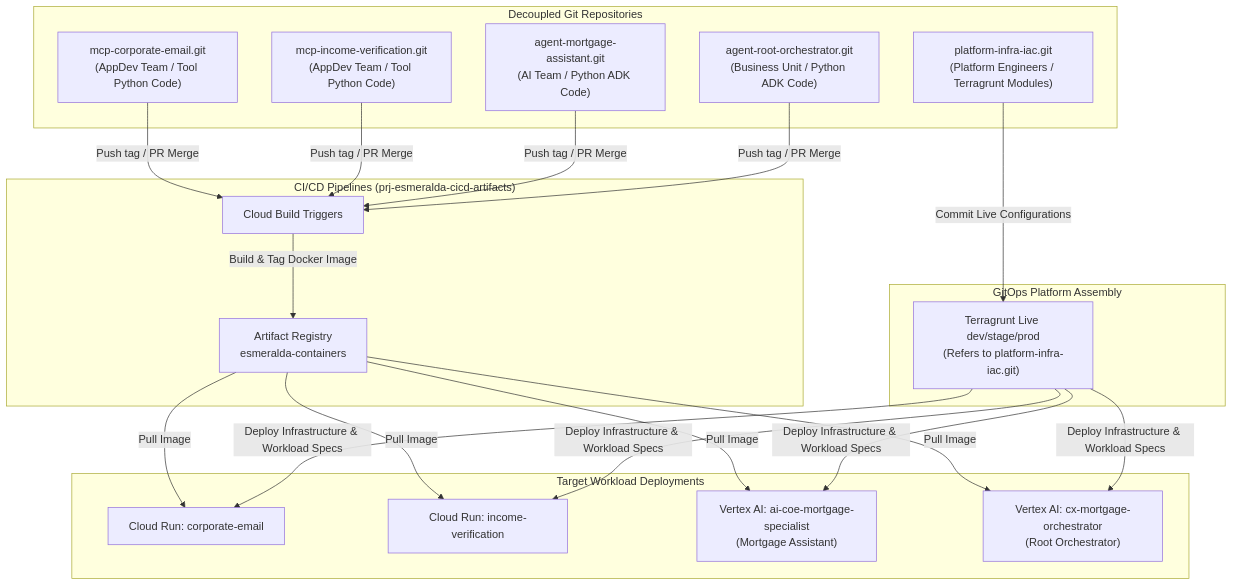
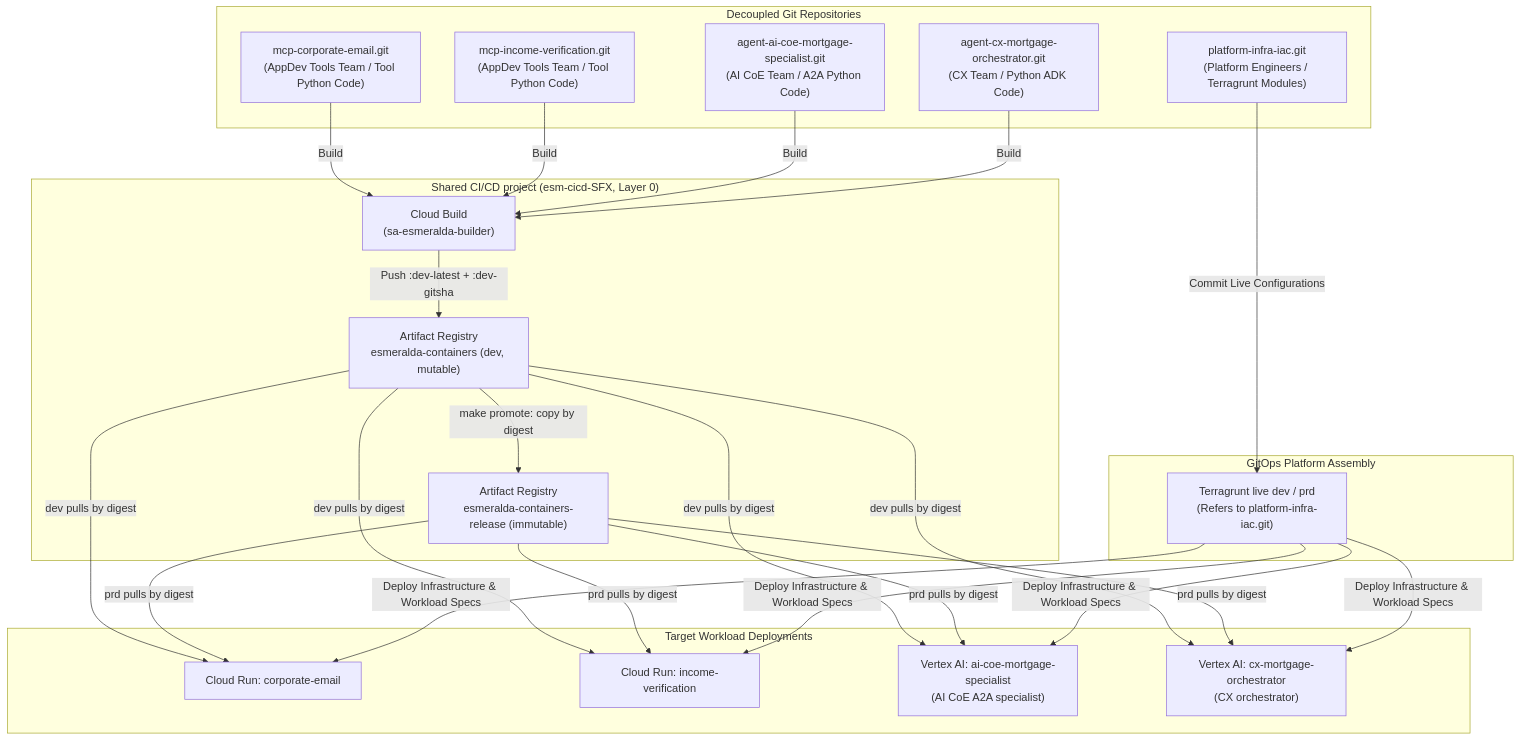
Before and after one commit to google/esmeralda: the first of 2 diagrams in docs/3-agentops-and-lifecycle/README.md, drawn with Mermaid. The commit also changed other lines of this file and 15 other files, not shown here.

First line of the commit message:
docs: revise all docs for team-based names and current architecture

````diff
--- a/docs/3-agentops-and-lifecycle/README.md
+++ b/docs/3-agentops-and-lifecycle/README.md
@@ -36,32 +54,35 @@
 ```mermaid
 flowchart TD
     subgraph Repos["Decoupled Git Repositories"]
         R_Platform["platform-infra-iac.git<br/>(Platform Engineers / Terragrunt Modules)"]
-        R_Email["mcp-corporate-email.git<br/>(AppDev Team / Tool Python Code)"]
-        R_Income["mcp-income-verification.git<br/>(AppDev Team / Tool Python Code)"]
-        R_A2A["agent-mortgage-assistant.git<br/>(AI Team / Python ADK Code)"]
-        R_Root["agent-root-orchestrator.git<br/>(Business Unit / Python ADK Code)"]
+        R_Email["mcp-corporate-email.git<br/>(AppDev Tools Team / Tool Python Code)"]
+        R_Income["mcp-income-verification.git<br/>(AppDev Tools Team / Tool Python Code)"]
+        R_A2A["agent-ai-coe-mortgage-specialist.git<br/>(AI CoE Team / A2A Python Code)"]
+        R_Root["agent-cx-mortgage-orchestrator.git<br/>(CX Team / Python ADK Code)"]
     end
 
-    subgraph Pipelines["CI/CD Pipelines (prj-esmeralda-cicd-artifacts)"]
-        CB["Cloud Build Triggers"]
-        AR["Artifact Registry<br/>esmeralda-containers"]
+    subgraph Pipelines["Shared CI/CD project (esm-cicd-SFX, Layer 0)"]
+        CB["Cloud Build<br/>(sa-esmeralda-builder)"]
+        AR_DEV["Artifact Registry<br/>esmeralda-containers (dev, mutable)"]
+        AR_REL["Artifact Registry<br/>esmeralda-containers-release (immutable)"]
     end
 
     subgraph RunOps["Target Workload Deployments"]
         Run_Email["Cloud Run: corporate-email"]
         Run_Income["Cloud Run: income-verification"]
-        Run_A2A["Vertex AI: ai-coe-mortgage-specialist<br/>(Mortgage Assistant)"]
-        Run_Root["Vertex AI: cx-mortgage-orchestrator<br/>(Root Orchestrator)"]
+        Run_A2A["Vertex AI: ai-coe-mortgage-specialist<br/>(AI CoE A2A specialist)"]
+        Run_Root["Vertex AI: cx-mortgage-orchestrator<br/>(CX orchestrator)"]
     end
 
     subgraph IaCOps["GitOps Platform Assembly"]
-        TG["Terragrunt Live dev/stage/prod<br/>(Refers to platform-infra-iac.git)"]
+        TG["Terragrunt live dev / prd<br/>(Refers to platform-infra-iac.git)"]
     end
 
-    R_Email & R_Income & R_A2A & R_Root -->|Push tag / PR Merge| CB
-    CB -->|Build & Tag Docker Image| AR
-    AR -->|Pull Image| Run_Email & Run_Income & Run_A2A & Run_Root
+    R_Email & R_Income & R_A2A & R_Root -->|Build| CB
+    CB -->|Push :dev-latest + :dev-gitsha| AR_DEV
+    AR_DEV -->|make promote: copy by digest| AR_REL
+    AR_DEV -->|dev pulls by digest| Run_Email & Run_Income & Run_A2A & Run_Root
+    AR_REL -->|prd pulls by digest| Run_Email & Run_Income & Run_A2A & Run_Root
     R_Platform -->|Commit Live Configurations| TG
     TG -->|Deploy Infrastructure & Workload Specs| Run_Email & Run_Income & Run_A2A & Run_Root
 ```
````
